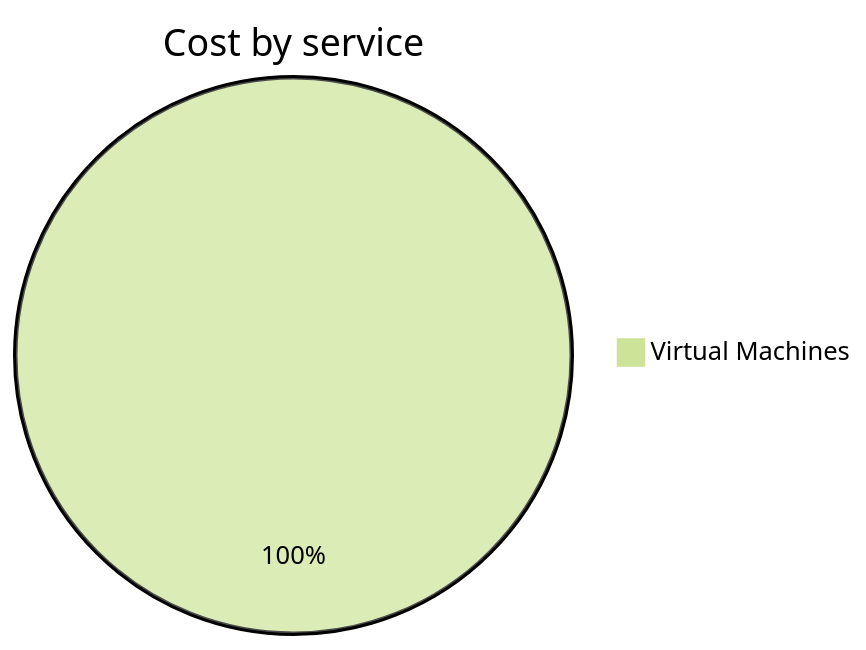
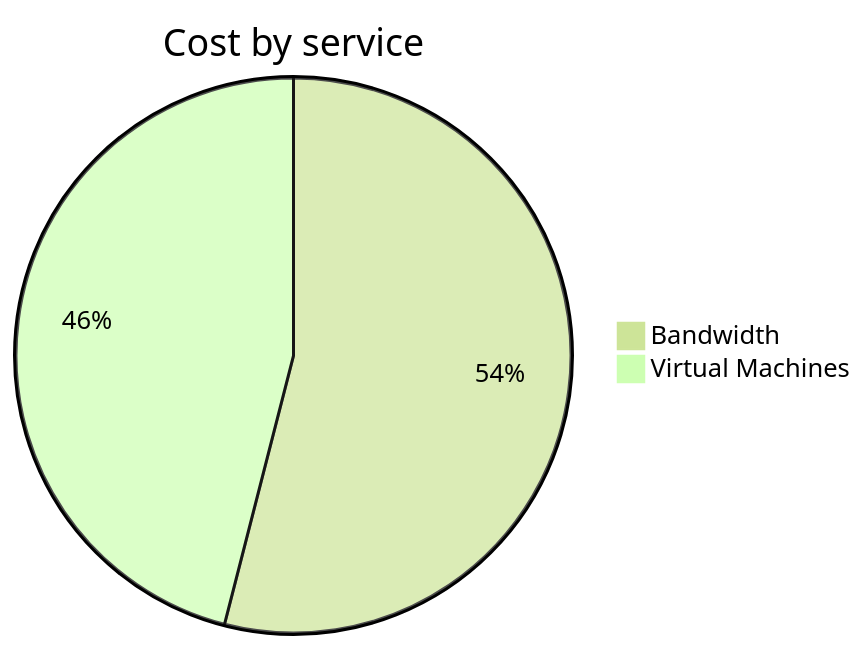
The second of 4 diagrams in cost-reports/personal-network/vpn-server.md (jpfulton/azure-personal-reports), drawn with Mermaid (forest theme) before and after one commit. The commit also changed other lines of this file and 9 other files, not shown here.

````diff
--- a/cost-reports/personal-network/vpn-server.md
+++ b/cost-reports/personal-network/vpn-server.md
@@ -95,5 +96,6 @@
 ```mermaid
 pie
    title Cost by service
-   "Virtual Machines" : 0.04
+   "Bandwidth" : 0.27
+   "Virtual Machines" : 0.23
 ```
````
